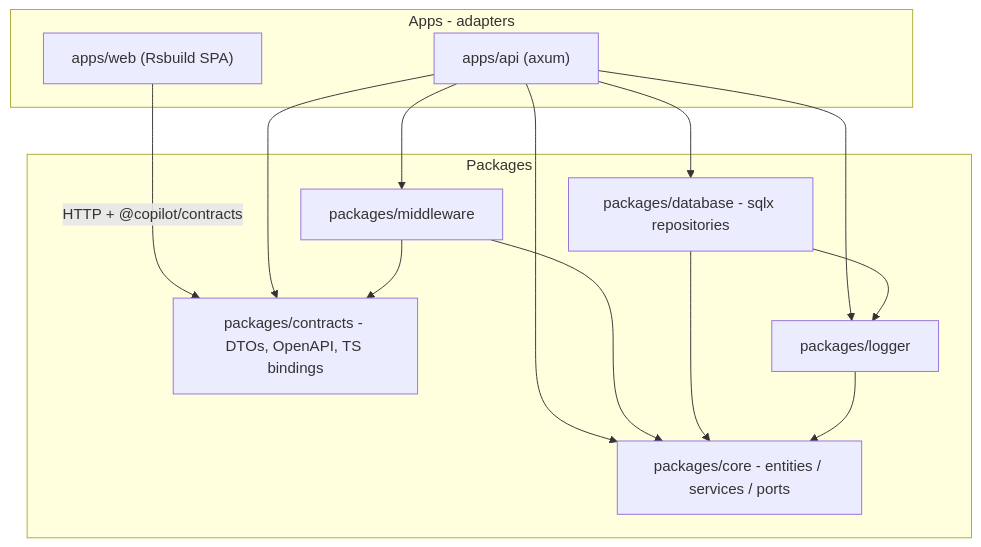
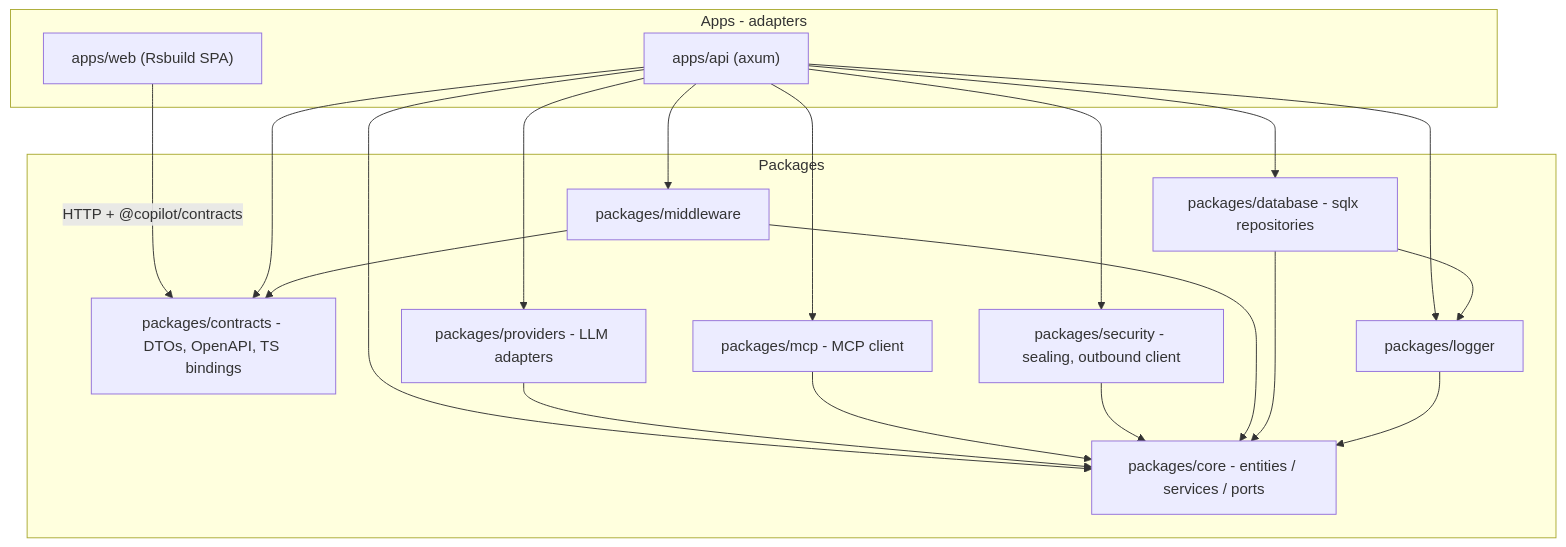
One commit to host39/copilot changed the diagram in docs/adr/001-domain-driven-design.md. Above: the diagram before and after it, drawn with Mermaid. The commit also changed other lines of this file and 14 other files, not shown here.

````diff
--- a/docs/adr/001-domain-driven-design.md
+++ b/docs/adr/001-domain-driven-design.md
@@ -17,27 +17,36 @@
 ```mermaid
 flowchart TB
   subgraph apps [Apps - adapters]
     Web["apps/web (Rsbuild SPA)"]
     API["apps/api (axum)"]
   end
 
   subgraph packages [Packages]
     Contracts["packages/contracts - DTOs, OpenAPI, TS bindings"]
     Core["packages/core - entities / services / ports"]
     DB["packages/database - sqlx repositories"]
     MW["packages/middleware"]
     Log["packages/logger"]
+    Prov["packages/providers - LLM adapters"]
+    Mcp["packages/mcp - MCP client"]
+    Sec["packages/security - sealing, outbound client"]
   end
 
   Web -->|HTTP + @copilot/contracts| Contracts
   API --> Contracts
   API --> Core
   API --> DB
   API --> MW
   API --> Log
+  API --> Prov
+  API --> Mcp
+  API --> Sec
+  Prov --> Core
+  Mcp --> Core
+  Sec --> Core
   MW --> Core
   MW --> Contracts
   DB --> Core
   DB --> Log
   Log --> Core
 ```
````
